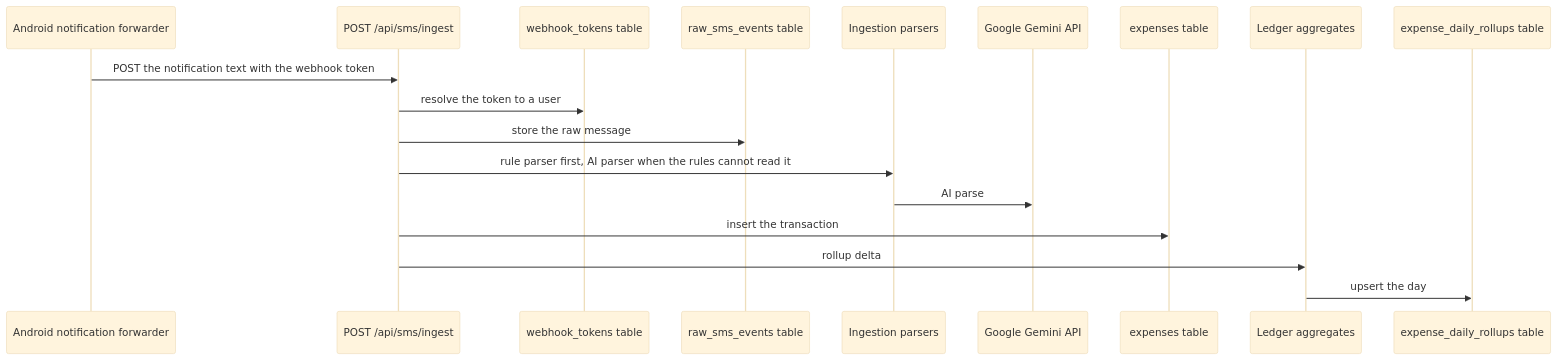
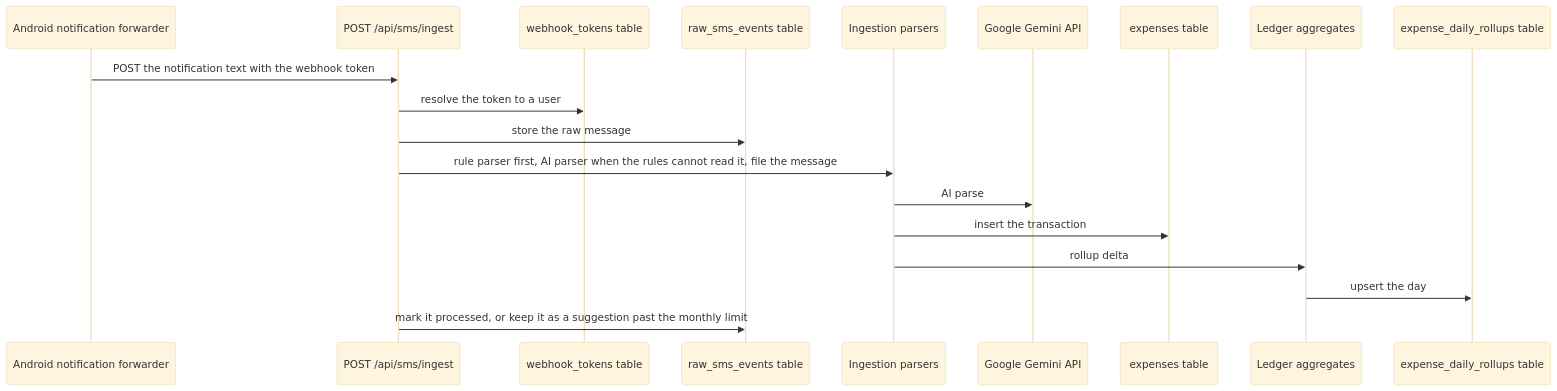
One commit to mahmoudtaherr111/smartspend_mini_all changed the second of 2 diagrams in docs/atlas/systems/bank-messages.md. Above: the diagram before and after it, drawn with Mermaid (base theme). The commit also changed other lines of this file and 36 other files, not shown here.

First line of the commit message:
feat(bank-messages): messages over the monthly limit wait as suggestions instead of being lost

````diff
--- a/docs/atlas/systems/bank-messages.md
+++ b/docs/atlas/systems/bank-messages.md
@@ -68,20 +76,21 @@
 ```mermaid
 sequenceDiagram
   participant p1 as Android notification forwarder
   participant p2 as POST /api/sms/ingest
   participant p3 as webhook_tokens table
   participant p4 as raw_sms_events table
   participant p5 as Ingestion parsers
   participant p6 as Google Gemini API
   participant p7 as expenses table
   participant p8 as Ledger aggregates
   participant p9 as expense_daily_rollups table
   p1->>p2: POST the notification text with the webhook token
   p2->>p3: resolve the token to a user
   p2->>p4: store the raw message
-  p2->>p5: rule parser first, AI parser when the rules cannot read it
+  p2->>p5: rule parser first, AI parser when the rules cannot read it, file the message
   p5->>p6: AI parse
-  p2->>p7: insert the transaction
-  p2->>p8: rollup delta
+  p5->>p7: insert the transaction
+  p5->>p8: rollup delta
   p8->>p9: upsert the day
+  p2->>p4: mark it processed, or keep it as a suggestion past the monthly limit
 ```
````
